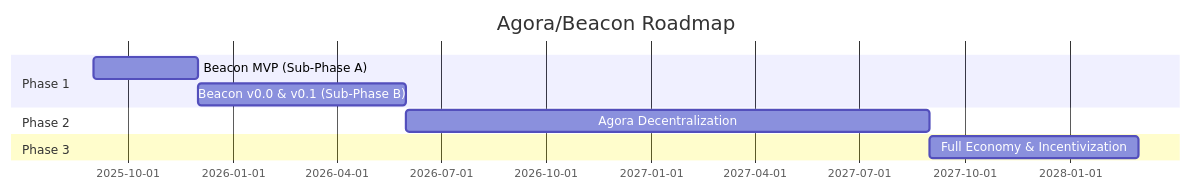
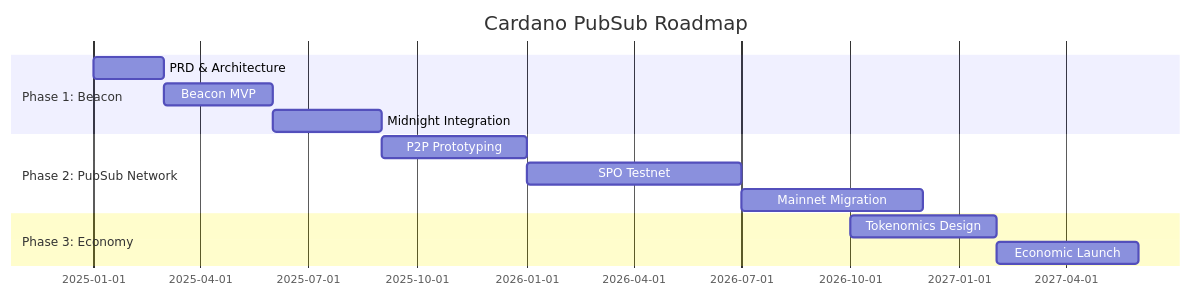
The first of 2 diagrams in docs/product/roadmap.md (input-output-hk/pubsub), drawn with Mermaid before and after one commit. The commit also changed other lines of this file and 31 other files, not shown here.

First line of the commit message:
Major documentation overhaul: rebrand to Cardano PubSub + comprehensive improvements

````diff
--- a/docs/product/roadmap.md
+++ b/docs/product/roadmap.md
@@ -7,12 +9,16 @@
 ```mermaid
 gantt
-    title Agora/Beacon Roadmap
-    dateFormat  YYYY-MM
-    section Phase 1
-    Beacon MVP (Sub-Phase A)     :2025-09, 3M
-    Beacon v0.0 & v0.1 (Sub-Phase B) :2025-12, 6M
-    section Phase 2
-    Agora Decentralization       :2026-06, 15M
-    section Phase 3
-    Full Economy & Incentivization :2027-09, 6M
+    title Cardano PubSub Roadmap
+    dateFormat YYYY-MM
+    section Phase 1: Beacon
+    PRD & Architecture       :2025-01, 2M
+    Beacon MVP              :2025-03, 3M
+    Midnight Integration    :2025-06, 3M
+    section Phase 2: PubSub Network
+    P2P Prototyping         :2025-09, 4M
+    SPO Testnet             :2026-01, 6M
+    Mainnet Migration       :2026-07, 5M
+    section Phase 3: Economy
+    Tokenomics Design       :2026-10, 4M
+    Economic Launch         :2027-02, 4M
 ```
````
